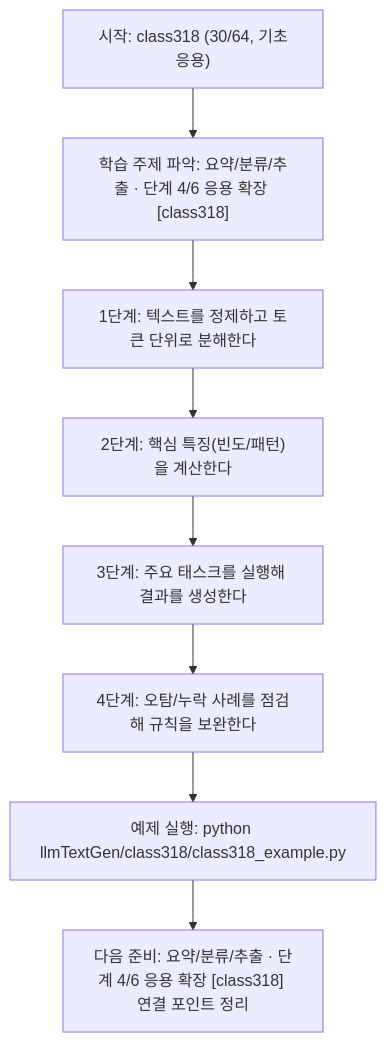
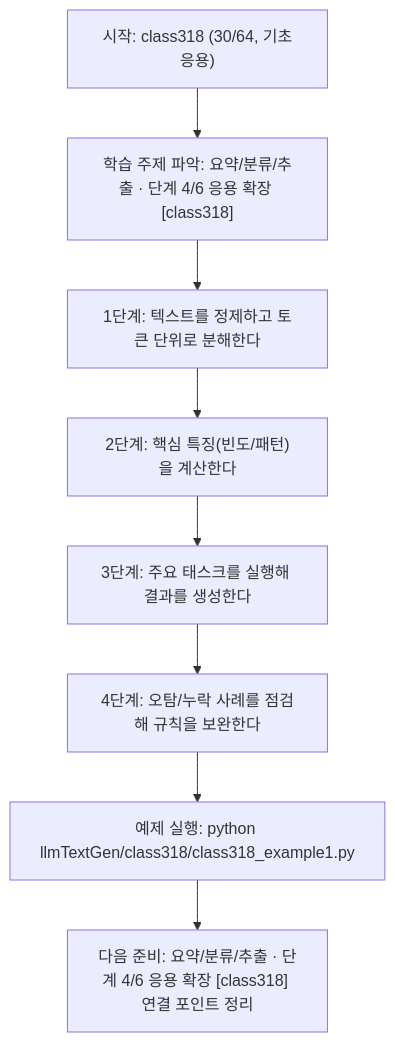
Before and after one commit to edumgt/Python-AI_Agent-Class: the diagram in llmTextGen/class318/class318.md, drawn with Mermaid. The commit also changed other lines of this file and 2959 other files, not shown here.

````diff
--- a/llmTextGen/class318/class318.md
+++ b/llmTextGen/class318/class318.md
@@ -114,18 +114,18 @@
 ```mermaid
 flowchart TD
 N1["시작: class318 (30/64, 기초응용)"]
 N2["학습 주제 파악: 요약/분류/추출 · 단계 4/6 응용 확장 [class318]"]
 N3["1단계: 텍스트를 정제하고 토큰 단위로 분해한다"]
 N4["2단계: 핵심 특징(빈도/패턴)을 계산한다"]
 N5["3단계: 주요 태스크를 실행해 결과를 생성한다"]
 N6["4단계: 오탐/누락 사례를 점검해 규칙을 보완한다"]
-N7["예제 실행: python llmTextGen/class318/class318_example.py"]
+N7["예제 실행: python llmTextGen/class318/class318_example1.py"]
 N8["다음 준비: 요약/분류/추출 · 단계 4/6 응용 확장 [class318] 연결 포인트 정리"]
 N1 --> N2
 N2 --> N3
 N3 --> N4
 N4 --> N5
 N5 --> N6
 N6 --> N7
 N7 --> N8
 ```
````
